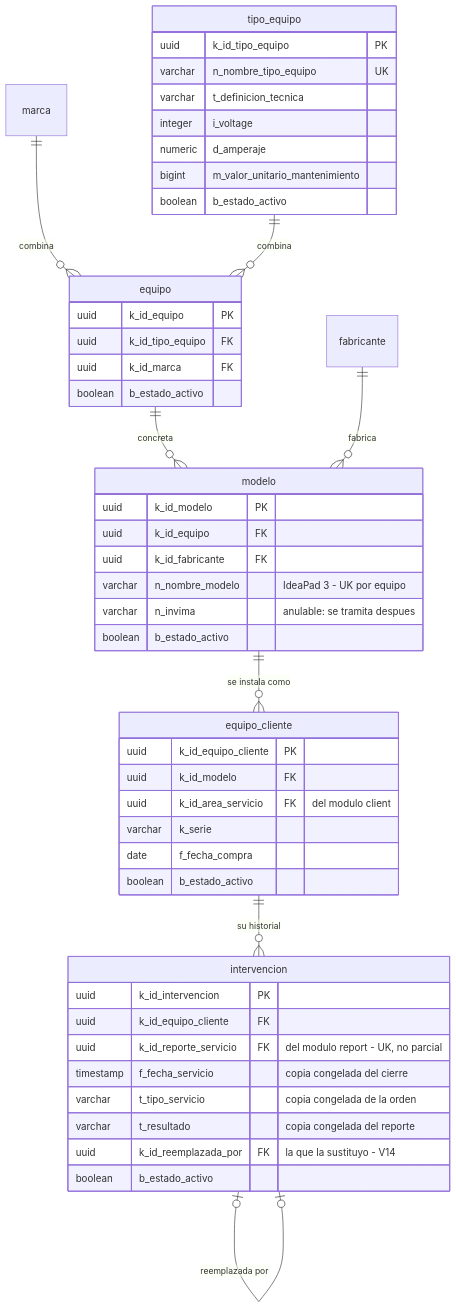
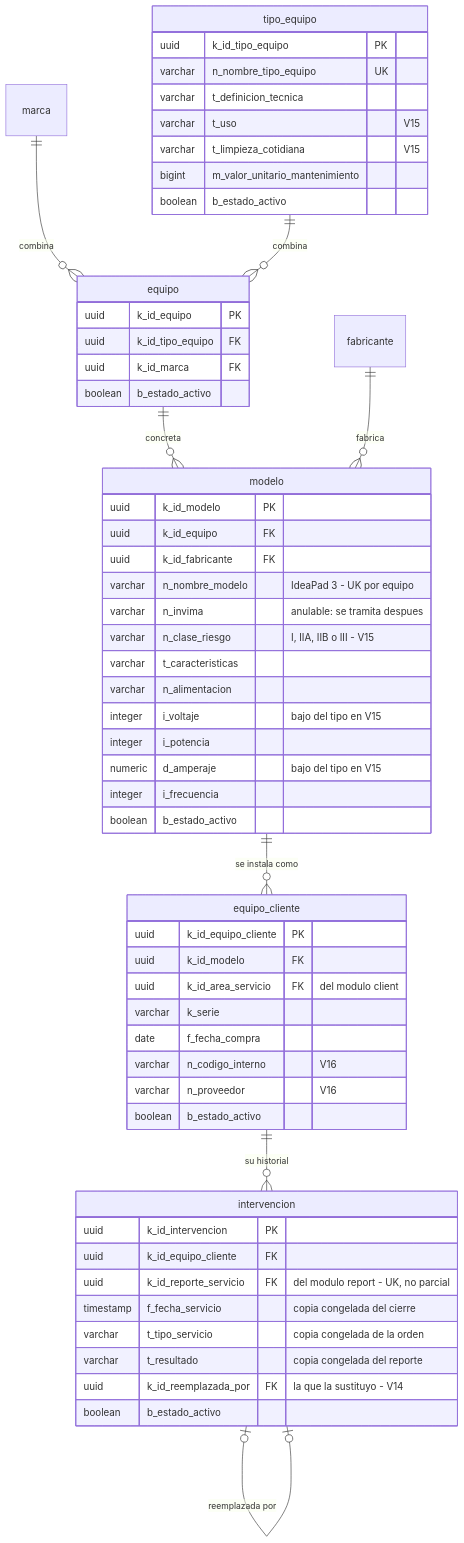
One commit to SeanBol222/MalphasOs changed the fifth of 8 diagrams in SecondBrain/wiki/base-de-datos/esquema-bd-malphasos.md. Above: the diagram before and after it, drawn with Mermaid. The commit also changed other lines of this file and 9 other files, not shown here.

````diff
--- a/SecondBrain/wiki/base-de-datos/esquema-bd-malphasos.md
+++ b/SecondBrain/wiki/base-de-datos/esquema-bd-malphasos.md
@@ -265,51 +270,60 @@
 ```mermaid
 erDiagram
     marca ||--o{ equipo : "combina"
     tipo_equipo ||--o{ equipo : "combina"
     equipo ||--o{ modelo : "concreta"
     fabricante ||--o{ modelo : "fabrica"
     modelo ||--o{ equipo_cliente : "se instala como"
     equipo_cliente ||--o{ intervencion : "su historial"
     intervencion |o--o| intervencion : "reemplazada por"
     tipo_equipo {
         uuid k_id_tipo_equipo PK
         varchar n_nombre_tipo_equipo UK
         varchar t_definicion_tecnica
-        integer i_voltage
-        numeric d_amperaje
+        varchar t_uso "V15"
+        varchar t_limpieza_cotidiana "V15"
         bigint m_valor_unitario_mantenimiento
         boolean b_estado_activo
     }
     equipo {
         uuid k_id_equipo PK
         uuid k_id_tipo_equipo FK
         uuid k_id_marca FK
         boolean b_estado_activo
     }
     modelo {
         uuid k_id_modelo PK
         uuid k_id_equipo FK
         uuid k_id_fabricante FK
         varchar n_nombre_modelo "IdeaPad 3 - UK por equipo"
         varchar n_invima "anulable: se tramita despues"
+        varchar n_clase_riesgo "I, IIA, IIB o III - V15"
+        varchar t_caracteristicas
+        varchar n_alimentacion
+        integer i_voltaje "bajo del tipo en V15"
+        integer i_potencia
+        numeric d_amperaje "bajo del tipo en V15"
+        integer i_frecuencia
         boolean b_estado_activo
     }
     equipo_cliente {
         uuid k_id_equipo_cliente PK
         uuid k_id_modelo FK
         uuid k_id_area_servicio FK "del modulo client"
         varchar k_serie
         date f_fecha_compra
+        varchar n_codigo_interno "V16"
+        varchar n_proveedor "V16"
         boolean b_estado_activo
     }
     intervencion {
         uuid k_id_intervencion PK
         uuid k_id_equipo_cliente FK
         uuid k_id_reporte_servicio FK "del modulo report - UK, no parcial"
         timestamp f_fecha_servicio "copia congelada del cierre"
         varchar t_tipo_servicio "copia congelada de la orden"
         varchar t_resultado "copia congelada del reporte"
         uuid k_id_reemplazada_por FK "la que la sustituyo - V14"
         boolean b_estado_activo
     }
 ```
````
